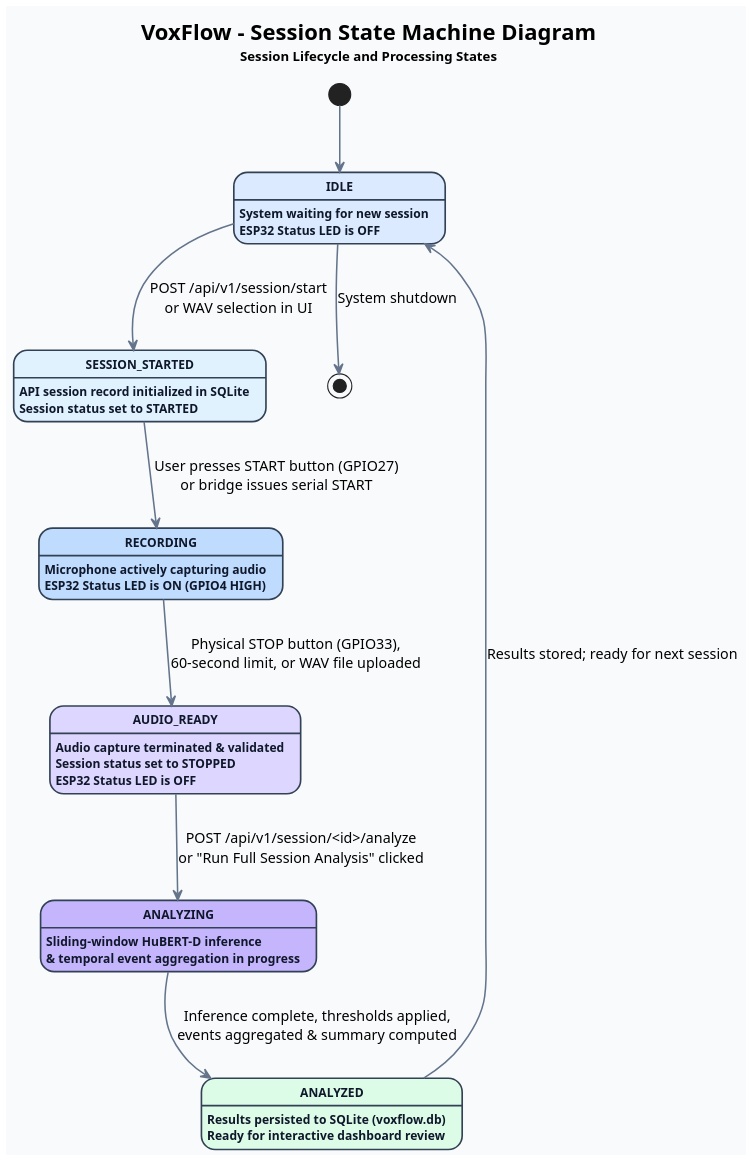
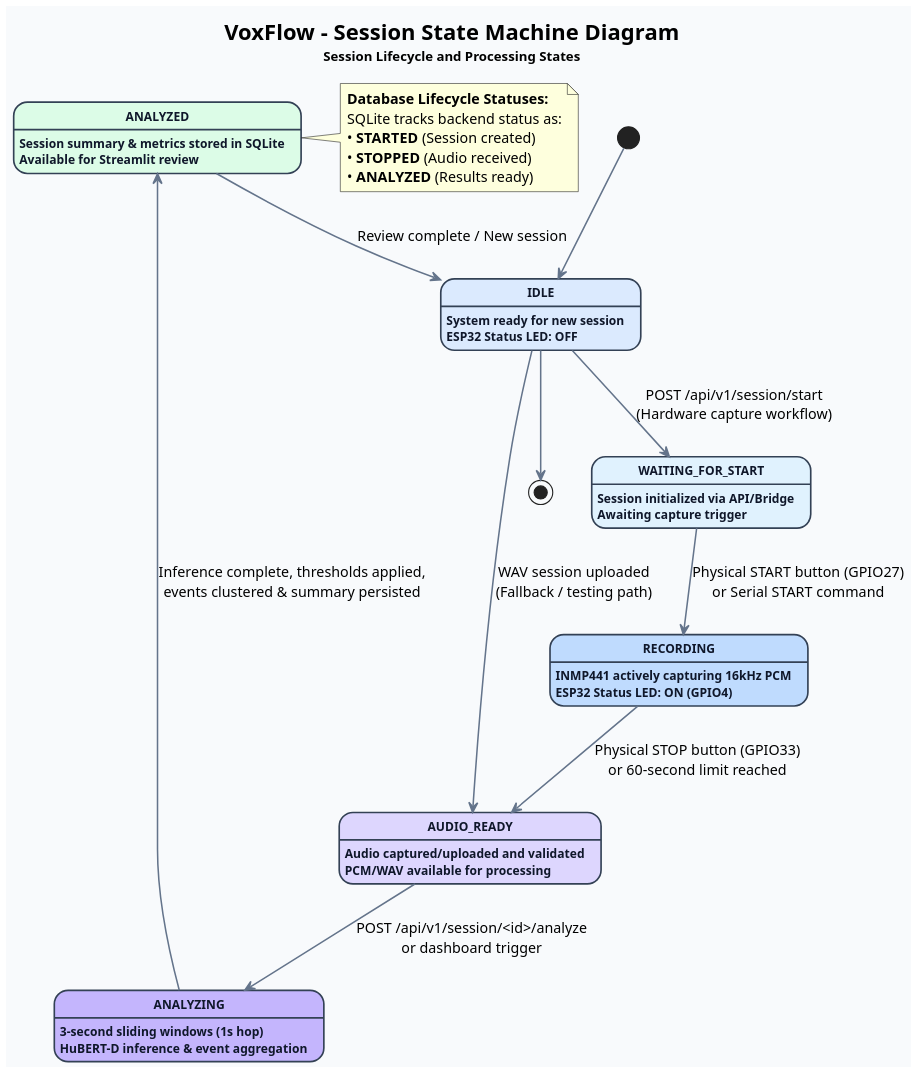
The diagram in VoxFlow_uml/VoxFlow_uml/uml/07_state_machine.puml (PetaSivaNandhanReddy/voxflow), drawn with PlantUML before and after one commit. The commit also changed 11 other files, not shown here.

Commit message:
docs: refine uml class, state machine, and architecture representations

```diff
--- a/VoxFlow_uml/VoxFlow_uml/uml/07_state_machine.puml
+++ b/VoxFlow_uml/VoxFlow_uml/uml/07_state_machine.puml
@@ -1,50 +1,57 @@
 @startuml
 title <size:20><b>VoxFlow - Session State Machine Diagram</b></size>\n<size:12>Session Lifecycle and Processing States</size>
-
-top to bottom direction
 
 skinparam backgroundColor #F8FAFC
 skinparam shadowing false
 skinparam dpi 170
 
 skinparam state {
     BackgroundColor #FFFFFF
     BorderColor #334155
     BorderThickness 1.5
     FontColor #0F172A
     FontSize 11
     FontStyle bold
 }
 
 skinparam ArrowColor #64748B
 skinparam ArrowThickness 1.4
 
-state "IDLE" as Idle #DBEAFE : System waiting for new session\nESP32 Status LED is OFF
+state "IDLE" as Idle #DBEAFE : System ready for new session\nESP32 Status LED: OFF
 
-state "SESSION_STARTED" as Started #E0F2FE : API session record initialized in SQLite\nSession status set to STARTED
+state "WAITING_FOR_START" as Waiting #E0F2FE : Session initialized via API/Bridge\nAwaiting capture trigger
 
-state "RECORDING" as Recording #BFDBFE : Microphone actively capturing audio\nESP32 Status LED is ON (GPIO4 HIGH)
+state "RECORDING" as Recording #BFDBFE : INMP441 actively capturing 16kHz PCM\nESP32 Status LED: ON (GPIO4)
 
-state "AUDIO_READY" as AudioReady #DDD6FE : Audio capture terminated & validated\nSession status set to STOPPED\nESP32 Status LED is OFF
+state "AUDIO_READY" as AudioReady #DDD6FE : Audio captured/uploaded and validated\nPCM/WAV available for processing
 
-state "ANALYZING" as Analyzing #C4B5FD : Sliding-window HuBERT-D inference\n& temporal event aggregation in progress
+state "ANALYZING" as Analyzing #C4B5FD : 3-second sliding windows (1s hop)\nHuBERT-D inference & event aggregation
 
-state "ANALYZED" as Analyzed #DCFCE7 : Results persisted to SQLite (voxflow.db)\nReady for interactive dashboard review
+state "ANALYZED" as Analyzed #DCFCE7 : Session summary & metrics stored in SQLite\nAvailable for Streamlit review
 
 [*] --> Idle
 
-Idle --> Started : POST /api/v1/session/start\nor WAV selection in UI
+' Hardware Workflow Path
+Idle --> Waiting : POST /api/v1/session/start\n(Hardware capture workflow)
+Waiting --> Recording : Physical START button (GPIO27)\nor Serial START command
+Recording --> AudioReady : Physical STOP button (GPIO33)\nor 60-second limit reached
 
-Started --> Recording : User presses START button (GPIO27)\nor bridge issues serial START
+' WAV Upload Path (Direct)
+Idle --> AudioReady : WAV session uploaded\n(Fallback / testing path)
 
-Recording --> AudioReady : Physical STOP button (GPIO33),\n60-second limit, or WAV file uploaded
+' Common Analysis & Review Path
+AudioReady --> Analyzing : POST /api/v1/session/<id>/analyze\nor dashboard trigger
+Analyzing --> Analyzed : Inference complete, thresholds applied,\nevents clustered & summary persisted
+Analyzed --> Idle : Review complete / New session
 
-AudioReady --> Analyzing : POST /api/v1/session/<id>/analyze\nor "Run Full Session Analysis" clicked
+Idle --> [*]
 
-Analyzing --> Analyzed : Inference complete, thresholds applied,\nevents aggregated & summary computed
-
-Analyzed --> Idle : Results stored; ready for next session
-
-Idle --> [*] : System shutdown
+note right of Analyzed
+  <b>Database Lifecycle Statuses:</b>
+  SQLite tracks backend status as:
+  • <b>STARTED</b> (Session created)
+  • <b>STOPPED</b> (Audio received)
+  • <b>ANALYZED</b> (Results ready)
+end note
 
 @enduml
```
